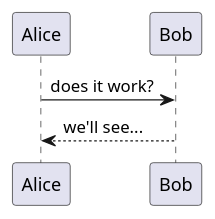
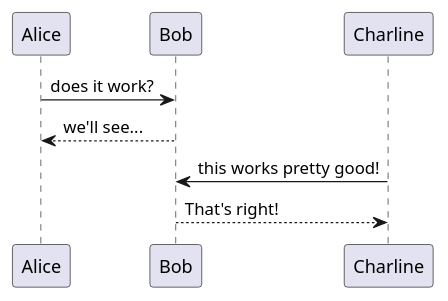
Before and after one commit to Davidcode2/teachme: the diagram in blog/posts/playing_around_with_architecture_diagrams/playing_around_with_architecture_diagrams.md, drawn with PlantUML. The commit also changed 3 other files, not shown here.

Commit message:
PlantUML tabs

```diff
--- a/blog/posts/playing_around_with_architecture_diagrams/playing_around_with_architecture_diagrams.md
+++ b/blog/posts/playing_around_with_architecture_diagrams/playing_around_with_architecture_diagrams.md
@@ -59,6 +59,9 @@
 @startuml
 
 Alice -> Bob : does it work?
 Bob --> Alice : we'll see...
 
+Charline -> Bob : this works pretty good!
+Bob --> Charline : That's right!
+
 @enduml
```
